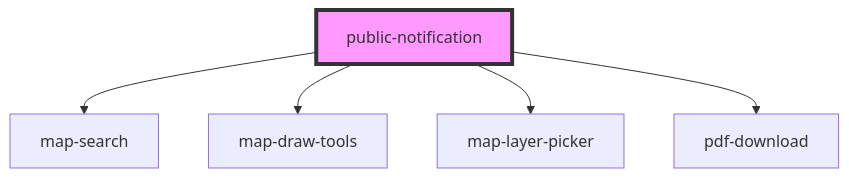
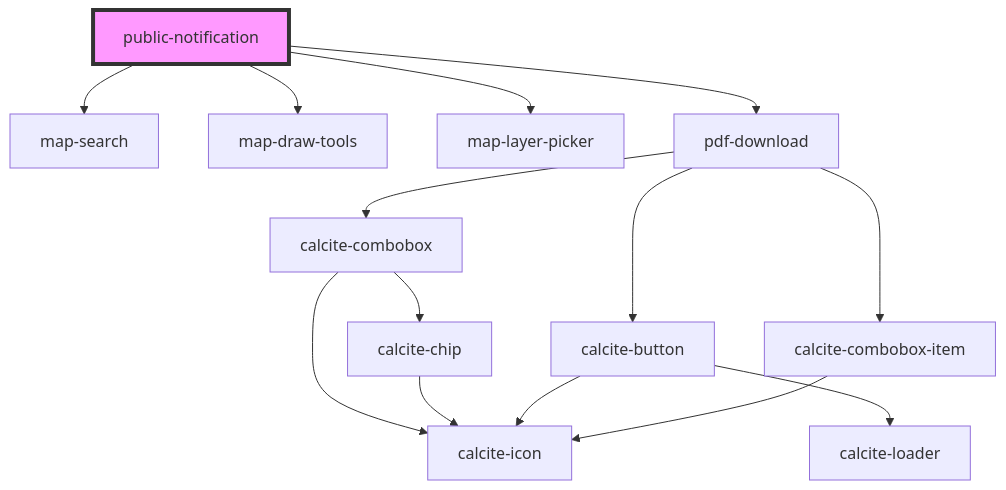
Before and after one commit to Esri/solutions-components: the diagram in src/components/public-notification/readme.md, drawn with Mermaid. The commit also changed 6 other files, not shown here.

````diff
--- a/src/components/public-notification/readme.md
+++ b/src/components/public-notification/readme.md
@@ -27,8 +27,17 @@
 ```mermaid
 graph TD;
   public-notification --> map-search
   public-notification --> map-draw-tools
   public-notification --> map-layer-picker
   public-notification --> pdf-download
+  pdf-download --> calcite-combobox
+  pdf-download --> calcite-button
+  pdf-download --> calcite-combobox-item
+  calcite-combobox --> calcite-chip
+  calcite-combobox --> calcite-icon
+  calcite-chip --> calcite-icon
+  calcite-button --> calcite-loader
+  calcite-button --> calcite-icon
+  calcite-combobox-item --> calcite-icon
   style public-notification fill:#f9f,stroke:#333,stroke-width:4px
 ```
````
